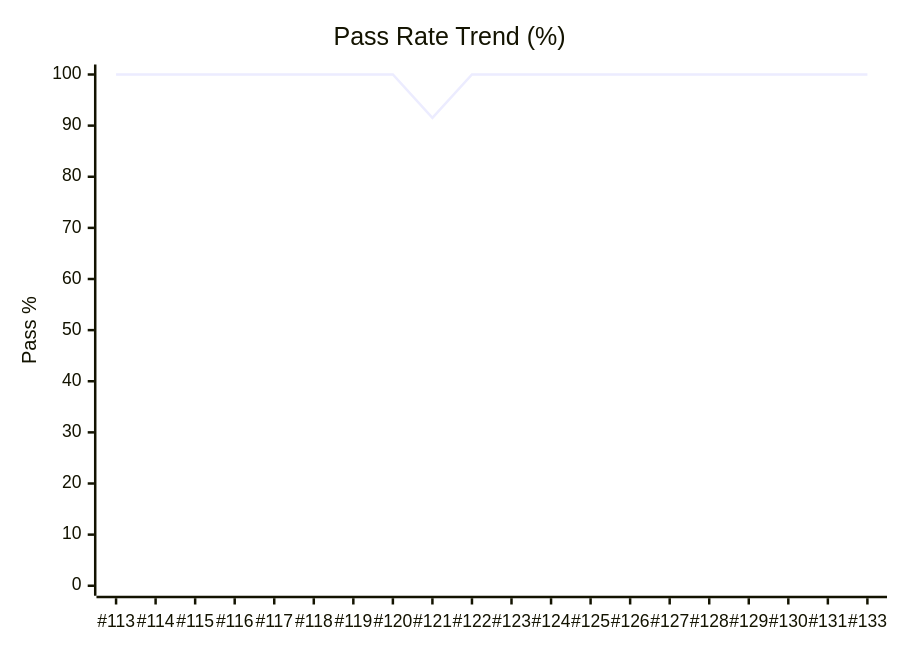
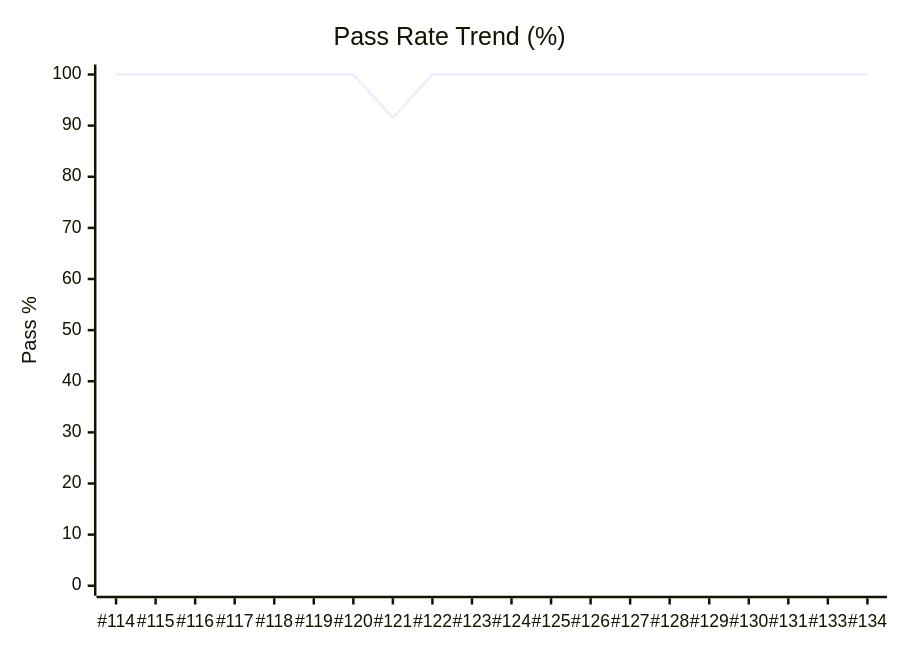
One commit to karimarie67/QA-boost changed the diagram in dashboards/qa-metrics.md. Above: the diagram before and after it, drawn with Mermaid. The commit also changed other lines of this file and 2 other files, not shown here.

````diff
--- a/dashboards/qa-metrics.md
+++ b/dashboards/qa-metrics.md
@@ -37,7 +37,7 @@
 ```mermaid
 xychart-beta
     title "Pass Rate Trend (%)"
-    x-axis [#113, #114, #115, #116, #117, #118, #119, #120, #121, #122, #123, #124, #125, #126, #127, #128, #129, #130, #131, #133]
+    x-axis [#114, #115, #116, #117, #118, #119, #120, #121, #122, #123, #124, #125, #126, #127, #128, #129, #130, #131, #133, #134]
     y-axis "Pass %" 0 --> 100
-    line [100.0, 100.0, 100.0, 100.0, 100.0, 100.0, 100.0, 100.0, 91.5, 100.0, 100.0, 100.0, 100.0, 100.0, 100.0, 100.0, 100.0, 100.0, 100.0, 100.0]
+    line [100.0, 100.0, 100.0, 100.0, 100.0, 100.0, 100.0, 91.5, 100.0, 100.0, 100.0, 100.0, 100.0, 100.0, 100.0, 100.0, 100.0, 100.0, 100.0, 100.0]
 ```
````
